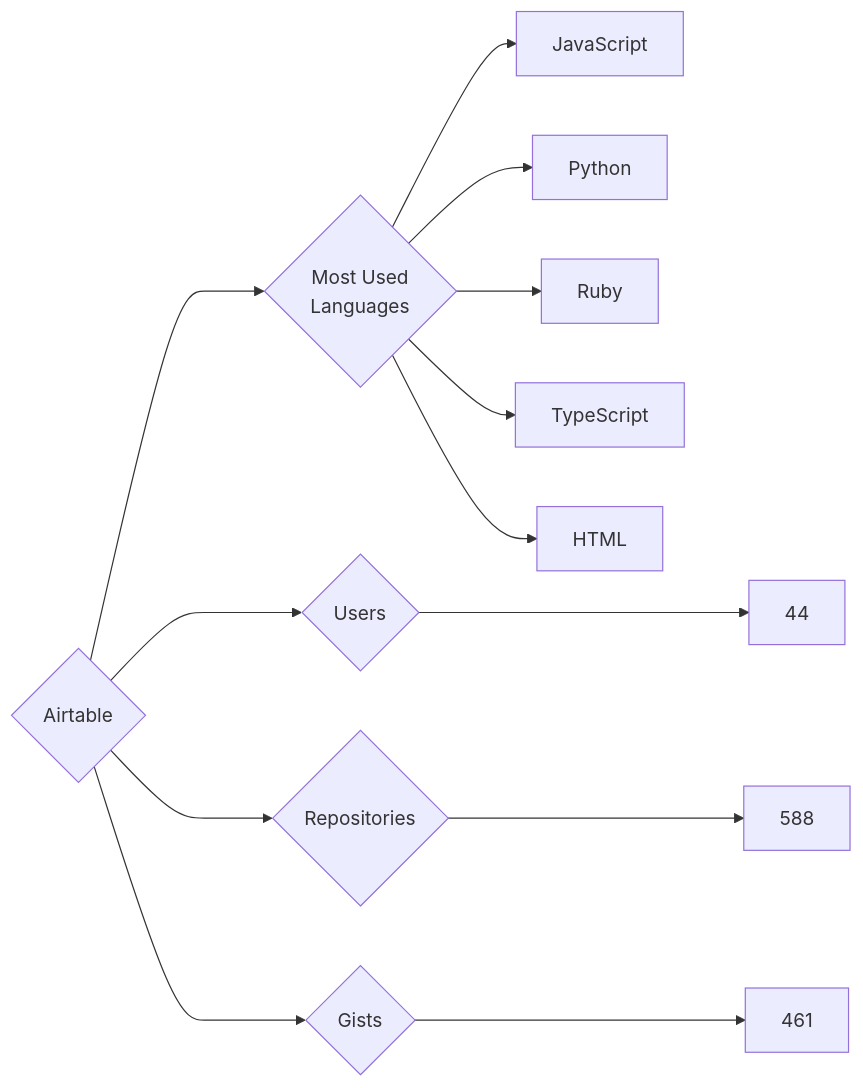
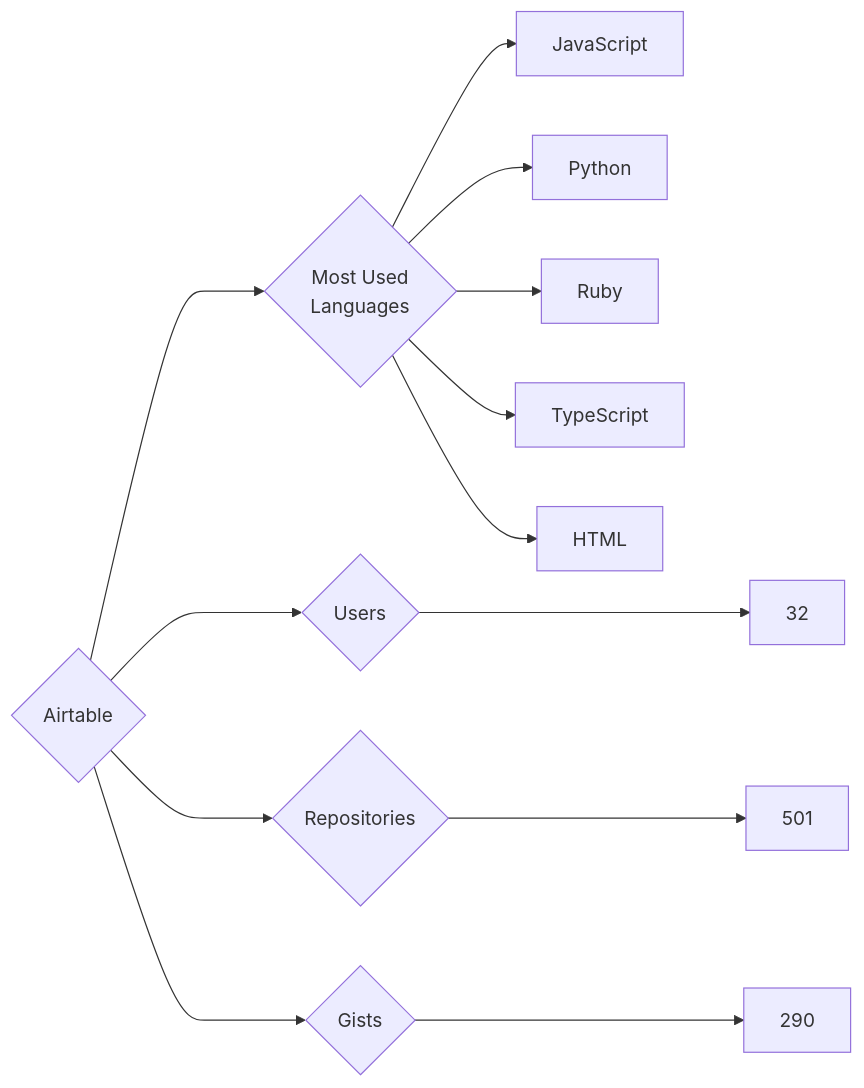
The diagram in targets/Airtable/README.md (trickest/insiders), drawn with Mermaid before and after one commit. The commit also changed 894 other files, not shown here.

````diff
--- a/targets/Airtable/README.md
+++ b/targets/Airtable/README.md
@@ -3,13 +3,13 @@
 ```mermaid
 graph LR
 COMPANY_NAME{Airtable}
-COMPANY_NAME ---> U{Users} ---> UN[44]
-COMPANY_NAME ---> R{Repositories} ---> RN[588]
-COMPANY_NAME ---> G{Gists} ---> GN[461]
+COMPANY_NAME ---> U{Users} ---> UN[32]
+COMPANY_NAME ---> R{Repositories} ---> RN[501]
+COMPANY_NAME ---> G{Gists} ---> GN[290]
 COMPANY_NAME ---> ML{Most Used<br>Languages}
 ML --> JavaScript[JavaScript]
 ML --> Python[Python]
 ML --> Ruby[Ruby]
 ML --> TypeScript[TypeScript]
 ML --> HTML[HTML]
 ```
````
